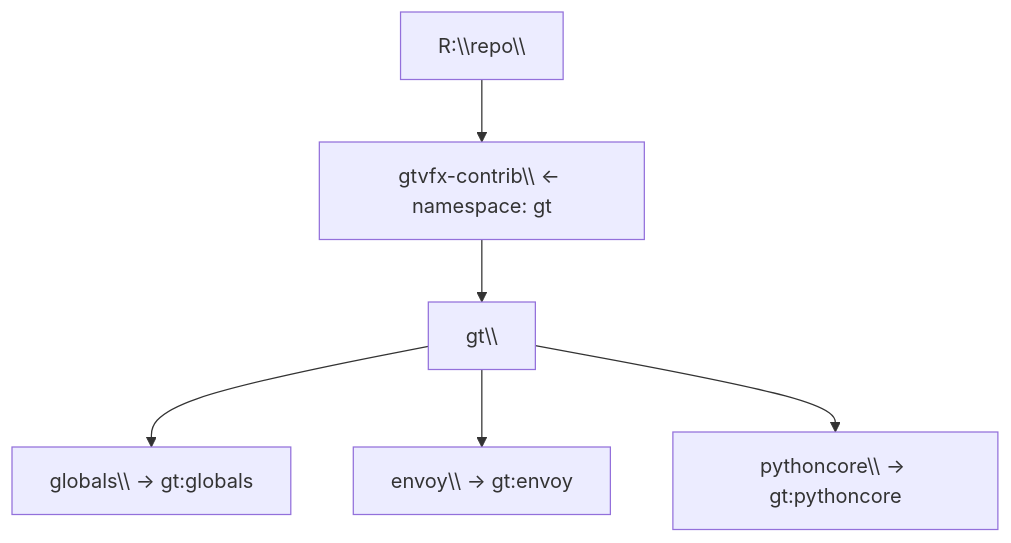
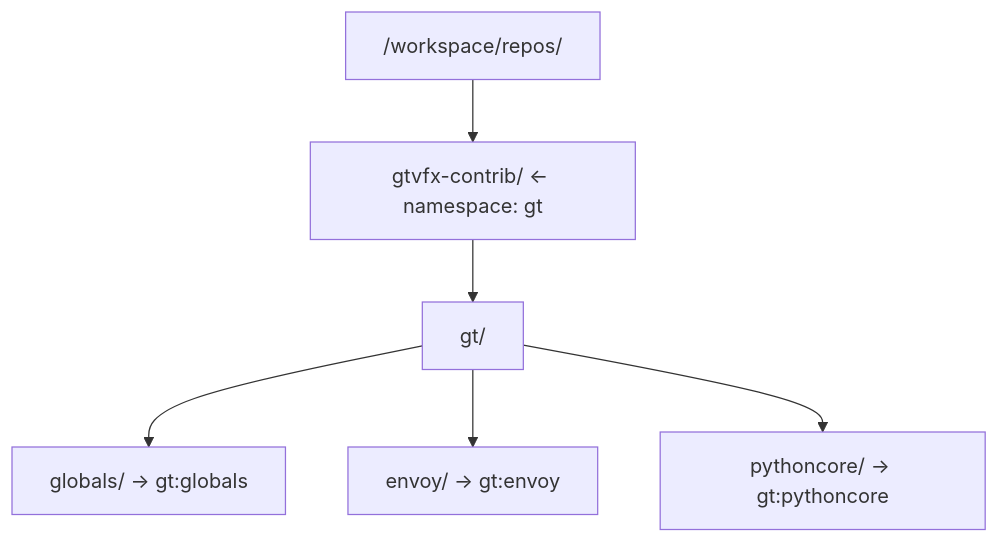
The diagram in docs/concepts.md (gtvfx-contrib/gt-envoy), drawn with Mermaid before and after one commit. The commit also changed other lines of this file and 38 other files, not shown here.

````diff
--- a/docs/concepts.md
+++ b/docs/concepts.md
@@ -23,13 +23,13 @@
 ```mermaid
 graph TD
-    ROOT["R:\\repo\\"]
-    NS["gtvfx-contrib\\ ← namespace: gt"]
-    GT["gt\\"]
-    G["globals\\ → gt:globals"]
-    E["envoy\\  → gt:envoy"]
-    P["pythoncore\\ → gt:pythoncore"]
+    ROOT["/workspace/repos/"]
+    NS["gtvfx-contrib/ ← namespace: gt"]
+    GT["gt/"]
+    G["globals/ → gt:globals"]
+    E["envoy/  → gt:envoy"]
+    P["pythoncore/ → gt:pythoncore"]
 
     ROOT --> NS --> GT --> G
     GT --> E
     GT --> P
 ```
````
